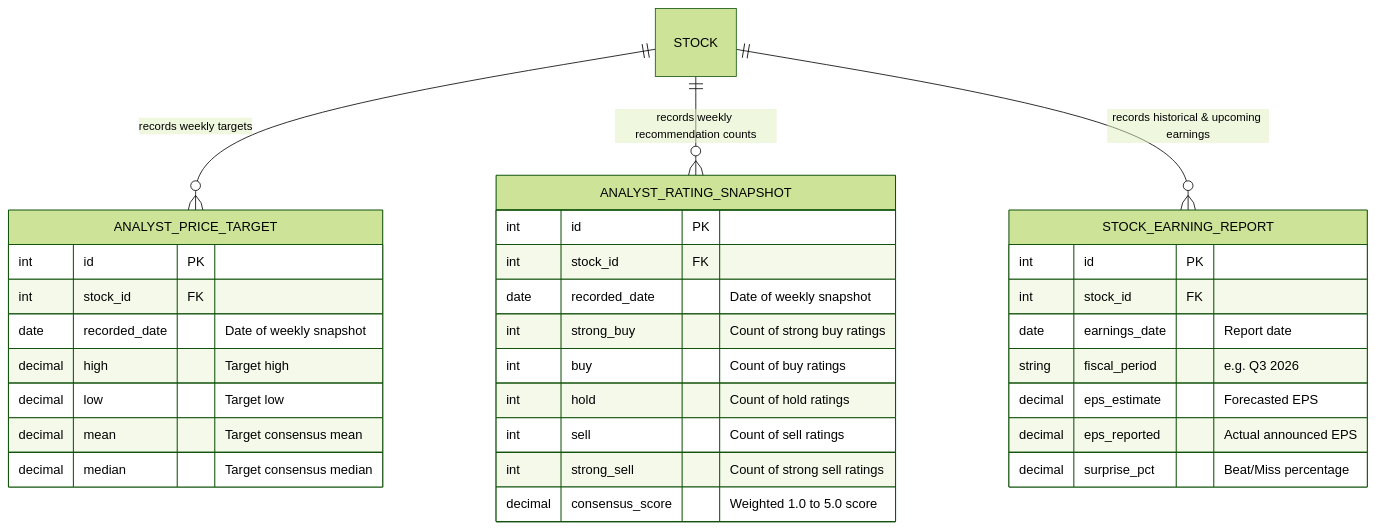
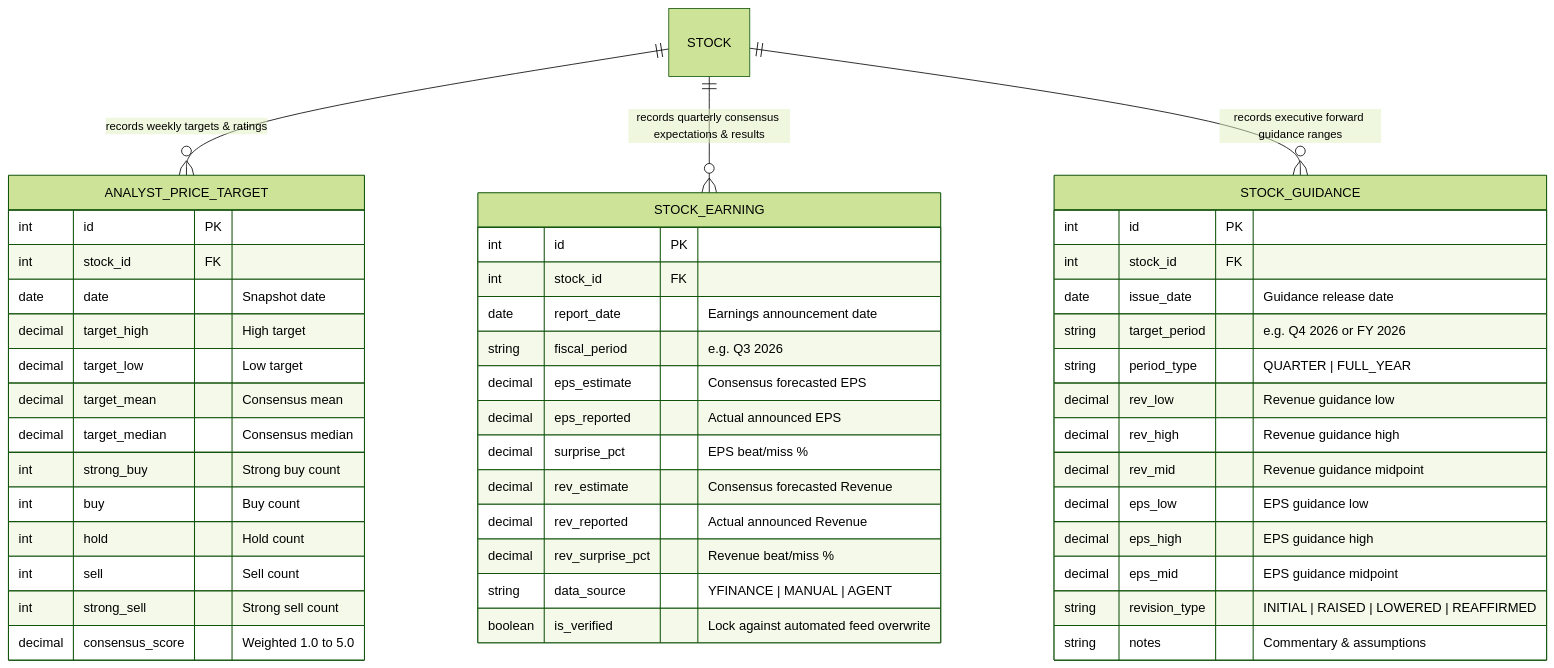
One commit to tame0001/goose changed the diagram in docs/TODO_EARNINGS_AND_ANALYST_RATINGS.md. Above: the diagram before and after it, drawn with Mermaid (forest theme). The commit also changed other lines of this file and 3 other files, not shown here.

Commit message:
Add earning and guidance model

````diff
--- a/docs/TODO_EARNINGS_AND_ANALYST_RATINGS.md
+++ b/docs/TODO_EARNINGS_AND_ANALYST_RATINGS.md
@@ -68,38 +68,53 @@
 ```mermaid
 erDiagram
-    STOCK ||--o{ ANALYST_PRICE_TARGET : "records weekly targets"
-    STOCK ||--o{ ANALYST_RATING_SNAPSHOT : "records weekly recommendation counts"
-    STOCK ||--o{ STOCK_EARNING_REPORT : "records historical & upcoming earnings"
+    STOCK ||--o{ ANALYST_PRICE_TARGET : "records weekly targets & ratings"
+    STOCK ||--o{ STOCK_EARNING : "records quarterly consensus expectations & results"
+    STOCK ||--o{ STOCK_GUIDANCE : "records executive forward guidance ranges"
 
     ANALYST_PRICE_TARGET {
         int id PK
         int stock_id FK
-        date recorded_date "Date of weekly snapshot"
-        decimal high "Target high"
-        decimal low "Target low"
-        decimal mean "Target consensus mean"
-        decimal median "Target consensus median"
+        date date "Snapshot date"
+        decimal target_high "High target"
+        decimal target_low "Low target"
+        decimal target_mean "Consensus mean"
+        decimal target_median "Consensus median"
+        int strong_buy "Strong buy count"
+        int buy "Buy count"
+        int hold "Hold count"
+        int sell "Sell count"
+        int strong_sell "Strong sell count"
+        decimal consensus_score "Weighted 1.0 to 5.0"
     }
 
-    ANALYST_RATING_SNAPSHOT {
+    STOCK_EARNING {
         int id PK
         int stock_id FK
-        date recorded_date "Date of weekly snapshot"
-        int strong_buy "Count of strong buy ratings"
-        int buy "Count of buy ratings"
-        int hold "Count of hold ratings"
-        int sell "Count of sell ratings"
-        int strong_sell "Count of strong sell ratings"
-        decimal consensus_score "Weighted 1.0 to 5.0 score"
+        date report_date "Earnings announcement date"
+        string fiscal_period "e.g. Q3 2026"
+        decimal eps_estimate "Consensus forecasted EPS"
+        decimal eps_reported "Actual announced EPS"
+        decimal surprise_pct "EPS beat/miss %"
+        decimal rev_estimate "Consensus forecasted Revenue"
+        decimal rev_reported "Actual announced Revenue"
+        decimal rev_surprise_pct "Revenue beat/miss %"
+        string data_source "YFINANCE | MANUAL | AGENT"
+        boolean is_verified "Lock against automated feed overwrite"
     }
 
-    STOCK_EARNING_REPORT {
+    STOCK_GUIDANCE {
         int id PK
         int stock_id FK
-        date earnings_date "Report date"
-        string fiscal_period "e.g. Q3 2026"
-        decimal eps_estimate "Forecasted EPS"
-        decimal eps_reported "Actual announced EPS"
-        decimal surprise_pct "Beat/Miss percentage"
+        date issue_date "Guidance release date"
+        string target_period "e.g. Q4 2026 or FY 2026"
+        string period_type "QUARTER | FULL_YEAR"
+        decimal rev_low "Revenue guidance low"
+        decimal rev_high "Revenue guidance high"
+        decimal rev_mid "Revenue guidance midpoint"
+        decimal eps_low "EPS guidance low"
+        decimal eps_high "EPS guidance high"
+        decimal eps_mid "EPS guidance midpoint"
+        string revision_type "INITIAL | RAISED | LOWERED | REAFFIRMED"
+        string notes "Commentary & assumptions"
     }
 ```
````
